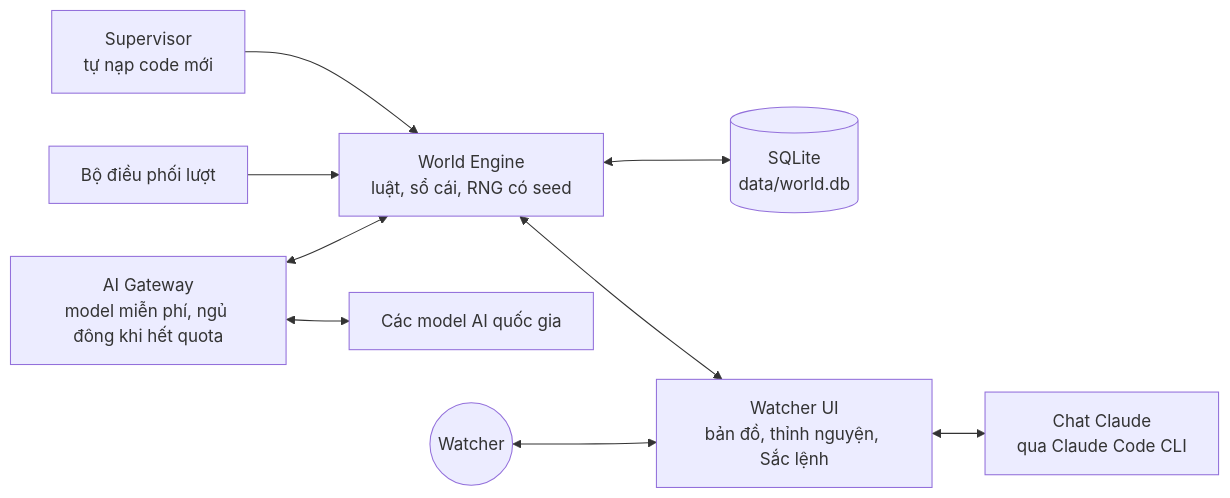
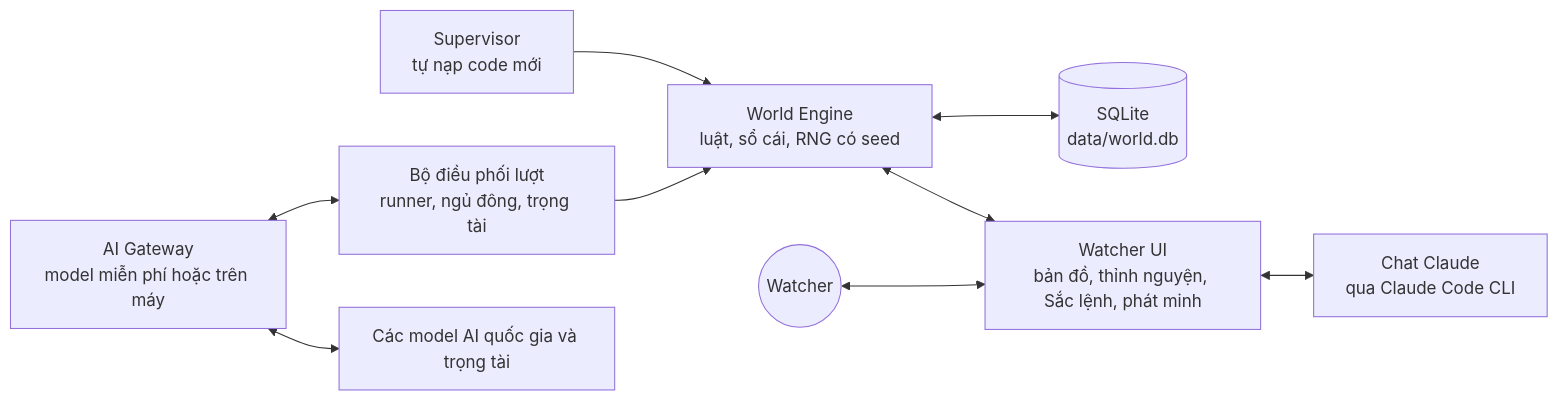
Before and after one commit to thihodev/sovereign-minds: the second of 2 diagrams in docs/RULES.md, drawn with Mermaid. The commit also changed other lines of this file and 1 other file, not shown here.

First line of the commit message:
docs: sync RULES.md with engine v0.2, add CHANGELOG

````diff
--- a/docs/RULES.md
+++ b/docs/RULES.md
@@ -565,11 +643,11 @@
 ```mermaid
 flowchart LR
   SV["Supervisor<br/>tự nạp code mới"] --> E
-  T["Bộ điều phối lượt"] --> E["World Engine<br/>luật, sổ cái, RNG có seed"]
-  G["AI Gateway<br/>model miễn phí, ngủ đông khi hết quota"] <--> E
-  G <--> M["Các model AI quốc gia"]
+  T["Bộ điều phối lượt<br/>runner, ngủ đông, trọng tài"] --> E["World Engine<br/>luật, sổ cái, RNG có seed"]
+  G["AI Gateway<br/>model miễn phí hoặc trên máy"] <--> T
+  G <--> M["Các model AI quốc gia và trọng tài"]
   E <--> DB[("SQLite<br/>data/world.db")]
-  E <--> UI["Watcher UI<br/>bản đồ, thỉnh nguyện, Sắc lệnh"]
+  E <--> UI["Watcher UI<br/>bản đồ, thỉnh nguyện, Sắc lệnh, phát minh"]
   UI <--> C["Chat Claude<br/>qua Claude Code CLI"]
   W(("Watcher")) <--> UI
 ```
````
